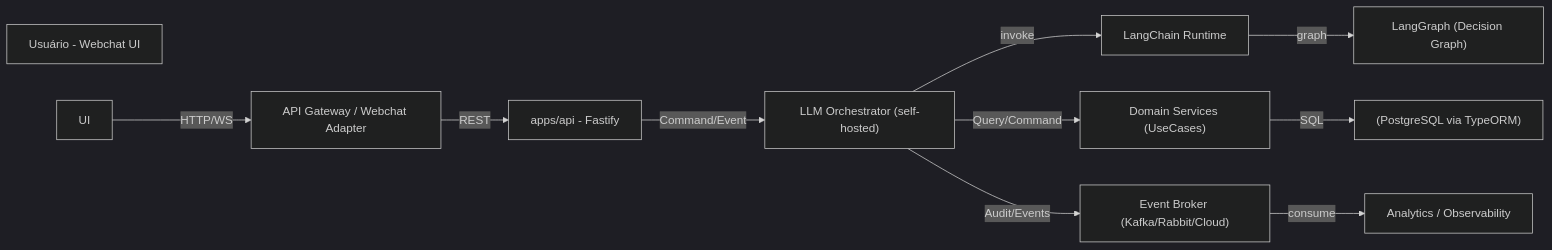
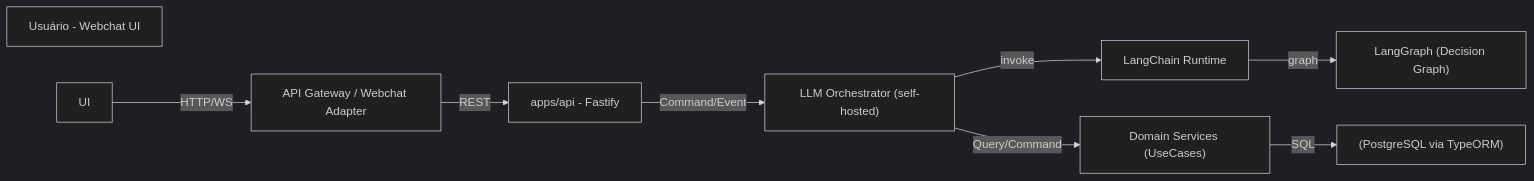
Before and after one commit to Vandrs/common-cornershop: the first of 3 diagrams in docs/bot-ia-architecture.md, drawn with Mermaid (dark theme). The commit also changed other lines of this file, not shown here.

First line of the commit message:
docs(bot-ia): defer event broker in favor of structured logs and audit table

````diff
--- a/docs/bot-ia-architecture.md
+++ b/docs/bot-ia-architecture.md
@@ -55,13 +55,12 @@
 ```mermaid
 flowchart LR
   User["Usuário - Webchat UI"]
   UI -->|HTTP/WS| Gateway["API Gateway / Webchat Adapter"]
   Gateway -->|REST| API["apps/api - Fastify"]
   API -->|Command/Event| Orchestrator["LLM Orchestrator (self-hosted)"]
   Orchestrator -->|invoke| LangChain["LangChain Runtime"]
   LangChain -->|graph| LangGraph["LangGraph (Decision Graph)"]
   Orchestrator -->|Query/Command| Domain["Domain Services (UseCases)"]
   Domain -->|SQL| Postgres["(PostgreSQL via TypeORM)"]
-  Orchestrator -->|Audit/Events| Broker["Event Broker (Kafka/Rabbit/Cloud)"]
-  Broker -->|consume| Analytics["Analytics / Observability"]
+  %% Broker and Analytics removed from current scope — auditing handled via logs and DB
 ```
````
